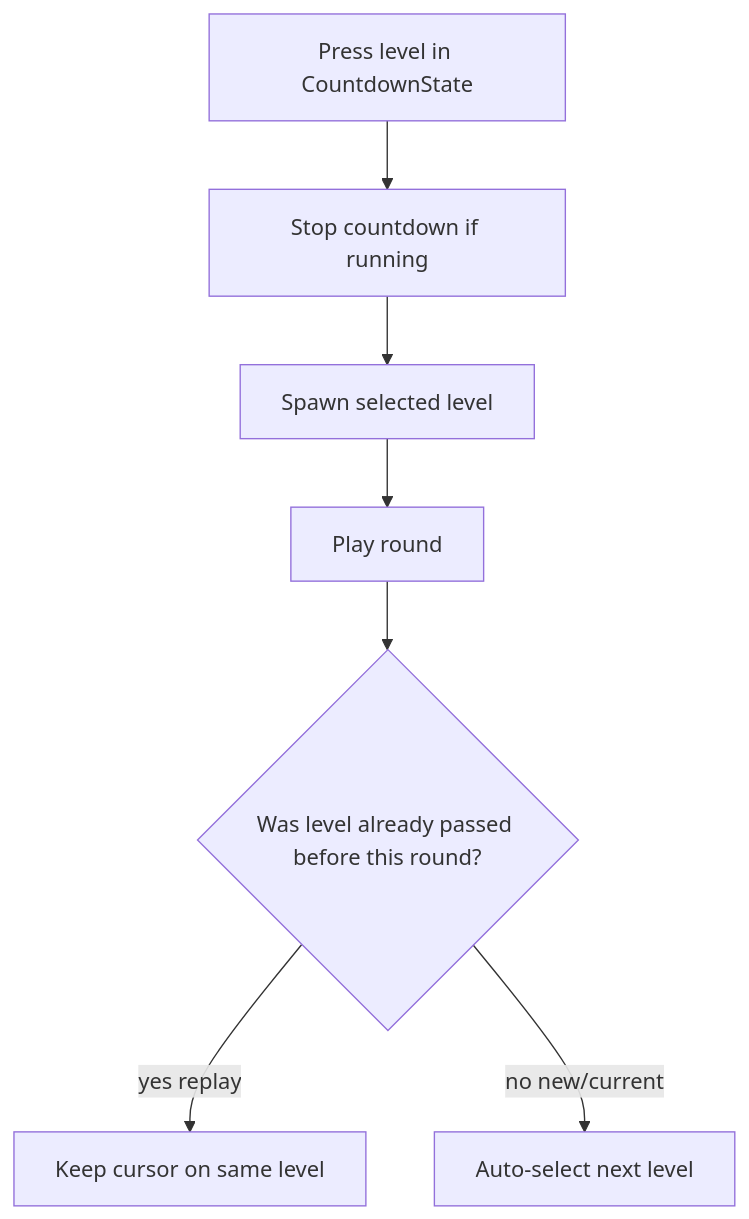
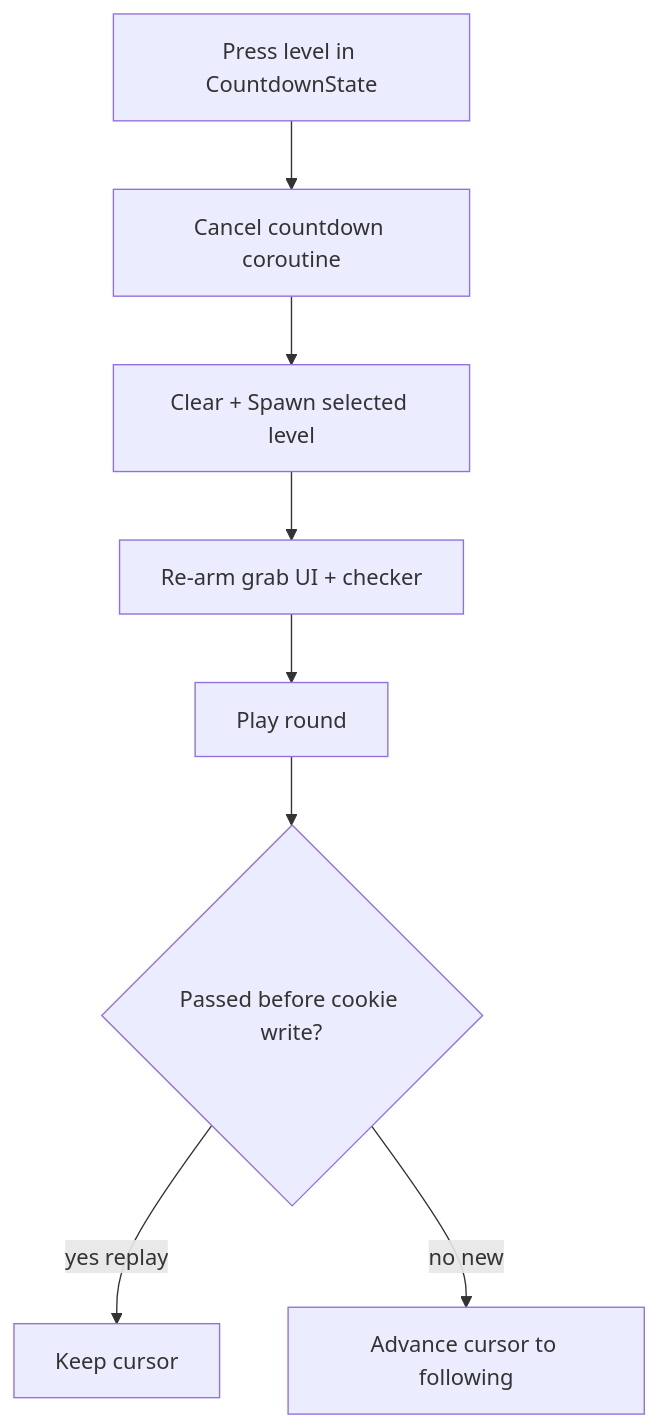
One commit to gonzaloiv/flip_hoops changed the second of 3 diagrams in docs/plans/2026-09-08-001-feat-levels-panel-plan.md. Above: the diagram before and after it, drawn with Mermaid. The commit also changed other lines of this file and 25 other files, not shown here.

````diff
--- a/docs/plans/2026-09-08-001-feat-levels-panel-plan.md
+++ b/docs/plans/2026-09-08-001-feat-levels-panel-plan.md
@@ -77,9 +78,10 @@
 ```mermaid
 flowchart TB
-  press[Press level in CountdownState] --> stop[Stop countdown if running]
-  stop --> spawn[Spawn selected level]
-  spawn --> play[Play round]
-  play --> done{Was level already passed before this round?}
-  done -->|yes replay| stay[Keep cursor on same level]
-  done -->|no new/current| next[Auto-select next level]
+  press[Press level in CountdownState] --> stop[Cancel countdown coroutine]
+  stop --> spawn[Clear + Spawn selected level]
+  spawn --> rearm[Re-arm grab UI + checker]
+  rearm --> play[Play round]
+  play --> done{Passed before cookie write?}
+  done -->|yes replay| stay[Keep cursor]
+  done -->|no new| next[Advance cursor to following]
 ```
````
